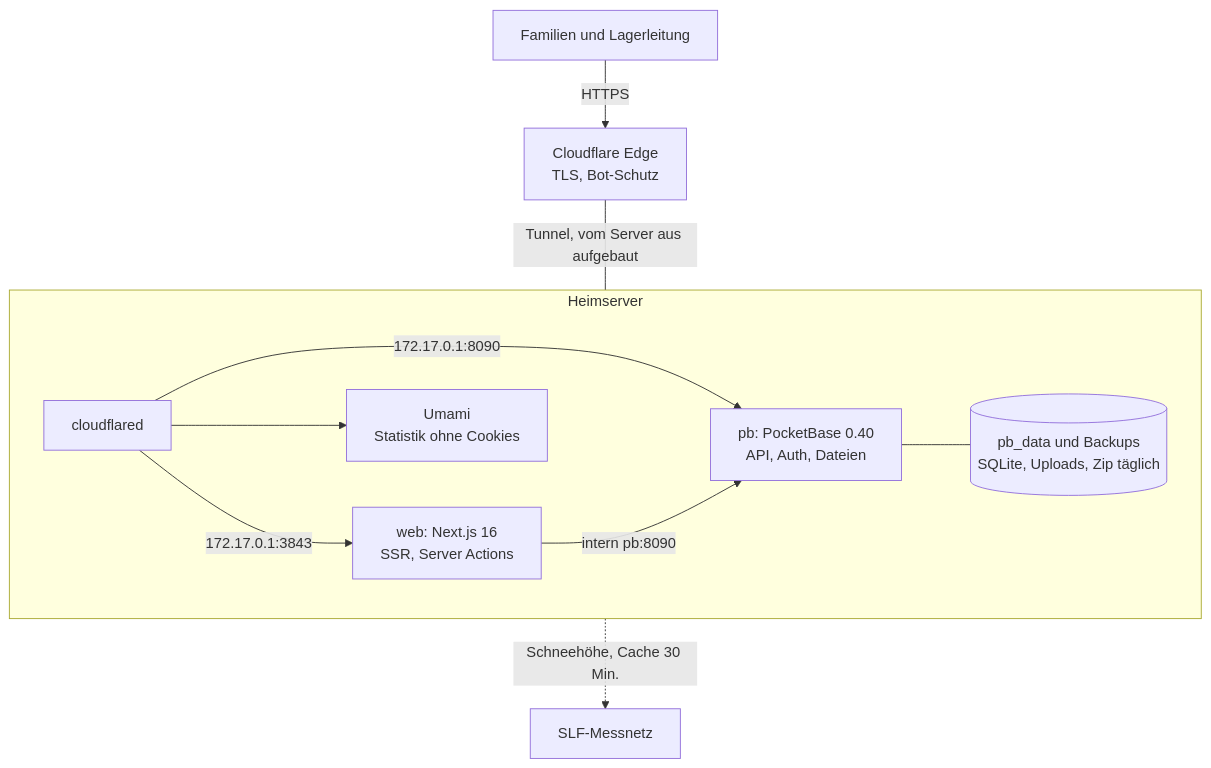
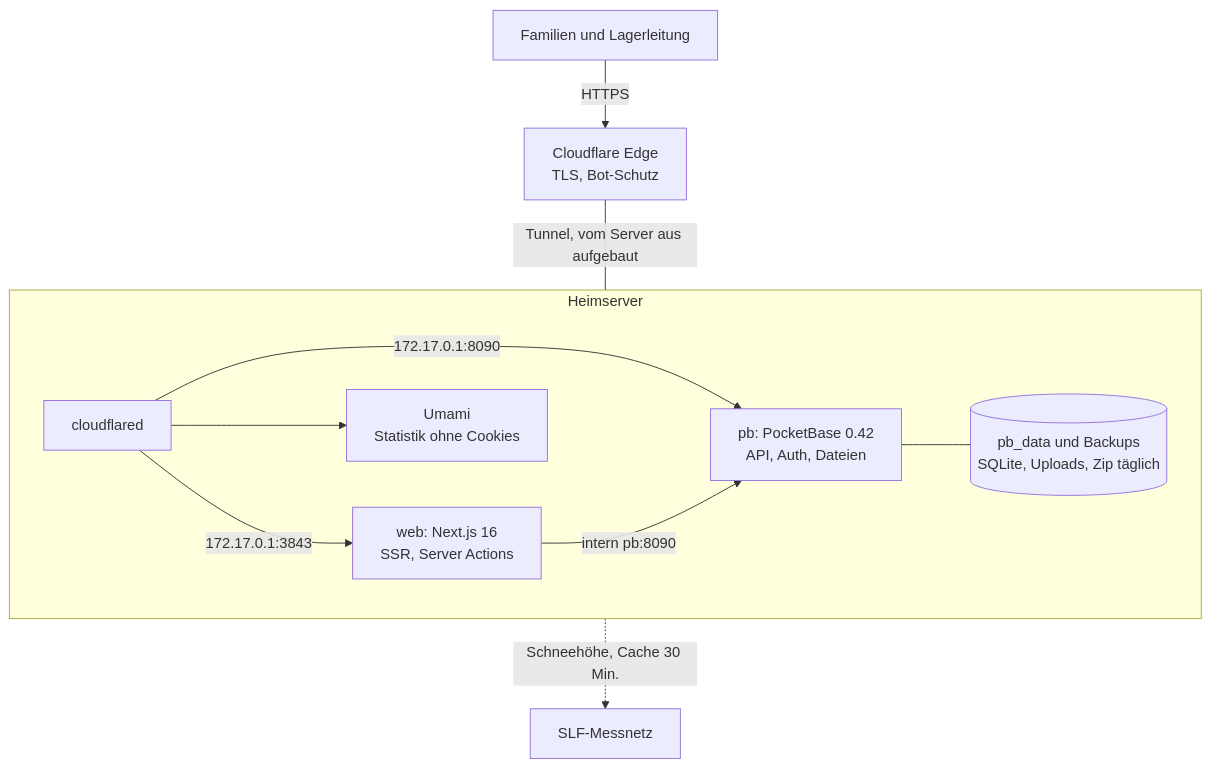
Before and after one commit to marcstae/fitundfun-webseite: the first of 2 diagrams in README.md, drawn with Mermaid. The commit also changed other lines of this file and 2 other files, not shown here.

````diff
--- a/README.md
+++ b/README.md
@@ -42,14 +42,14 @@
 ```mermaid
 flowchart TB
   U["Familien und Lagerleitung"] -->|HTTPS| CF["Cloudflare Edge<br/>TLS, Bot-Schutz"]
   CF ---|"Tunnel, vom Server aus aufgebaut"| H
   subgraph H["Heimserver"]
     direction LR
     T["cloudflared"] -->|"172.17.0.1:3843"| W["web: Next.js 16<br/>SSR, Server Actions"]
-    T -->|"172.17.0.1:8090"| P["pb: PocketBase 0.40<br/>API, Auth, Dateien"]
+    T -->|"172.17.0.1:8090"| P["pb: PocketBase 0.42<br/>API, Auth, Dateien"]
     T --> M["Umami<br/>Statistik ohne Cookies"]
     W -->|"intern pb:8090"| P
     P --- D[("pb_data und Backups<br/>SQLite, Uploads, Zip täglich")]
   end
   H -.->|"Schneehöhe, Cache 30 Min."| S["SLF-Messnetz"]
 ```
````
